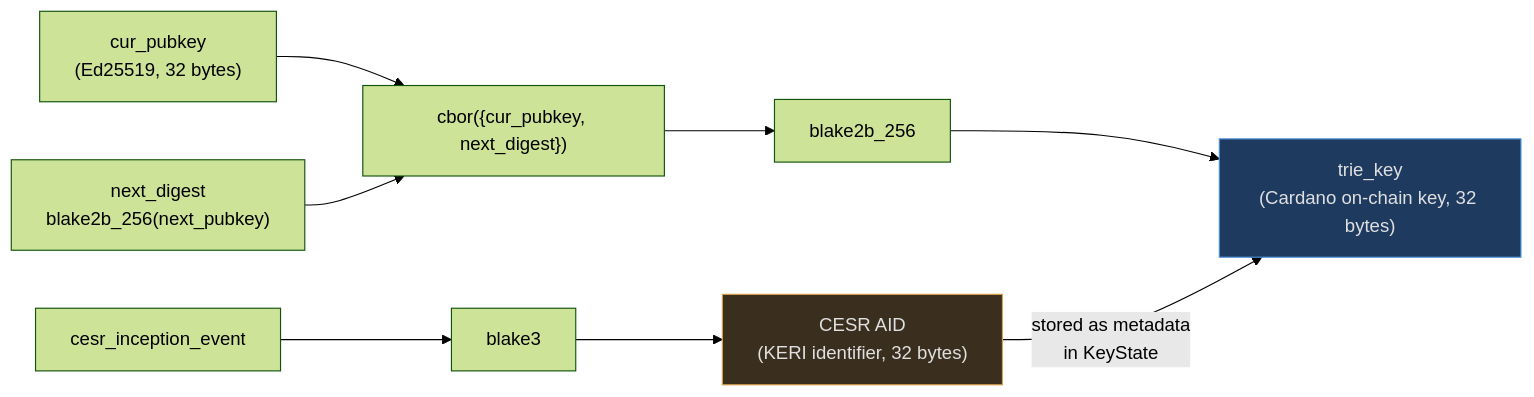
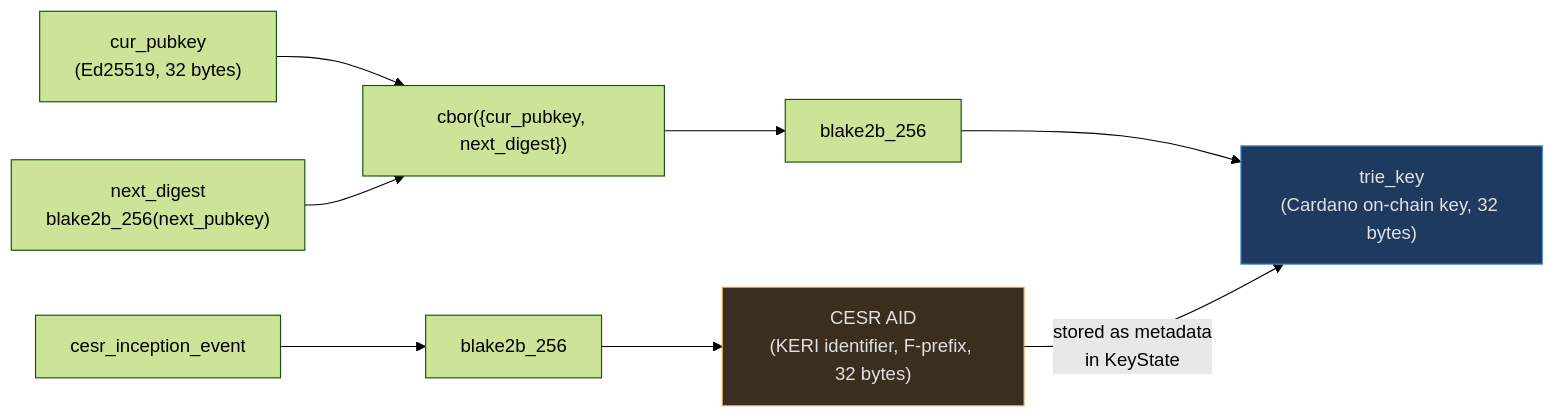
Before and after one commit to lambdasistemi/cardano-keri: the first of 2 diagrams in docs/index.md, drawn with Mermaid (forest theme). The commit also changed other lines of this file and 7 other files, not shown here.

````diff
--- a/docs/index.md
+++ b/docs/index.md
@@ -36,14 +32,14 @@
 ```mermaid
 flowchart LR
     A["cur_pubkey<br/>(Ed25519, 32 bytes)"] --> C["cbor({cur_pubkey, next_digest})"]
     B["next_digest<br/>blake2b_256(next_pubkey)"] --> C
     C --> D["blake2b_256"]
     D --> E["trie_key<br/>(Cardano on-chain key, 32 bytes)"]
     style E fill:#1e3a5f,stroke:#4a90d9,color:#e0e0e0
 
-    A2["cesr_inception_event"] --> F["blake3"]
-    F --> G["CESR AID<br/>(KERI identifier, 32 bytes)"]
+    A2["cesr_inception_event"] --> F["blake2b_256"]
+    F --> G["CESR AID<br/>(KERI identifier, F-prefix, 32 bytes)"]
     style G fill:#3a2f1e,stroke:#d9a04a,color:#e0e0e0
 
     G -->|"stored as metadata<br/>in KeyState"| E
 ```
````
